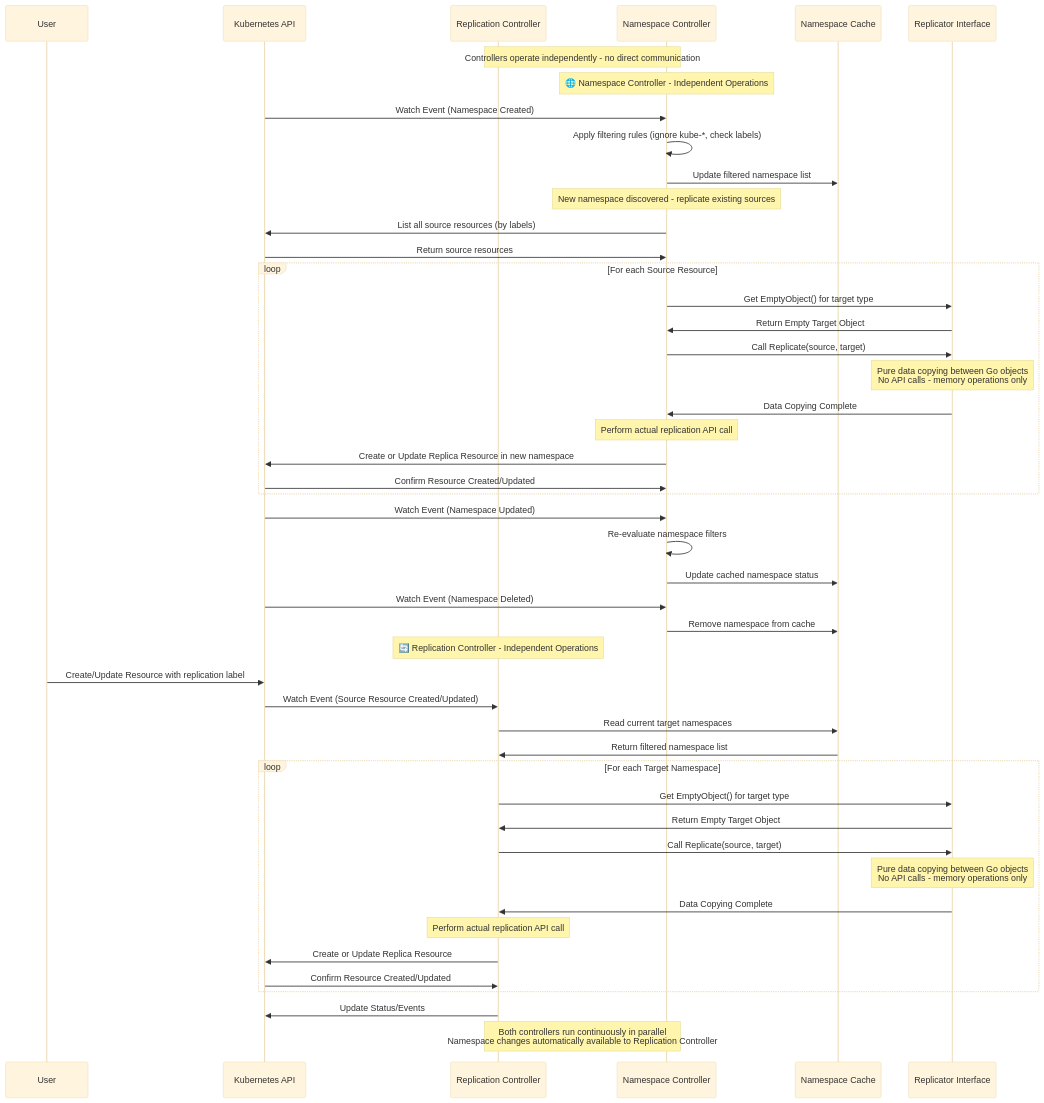
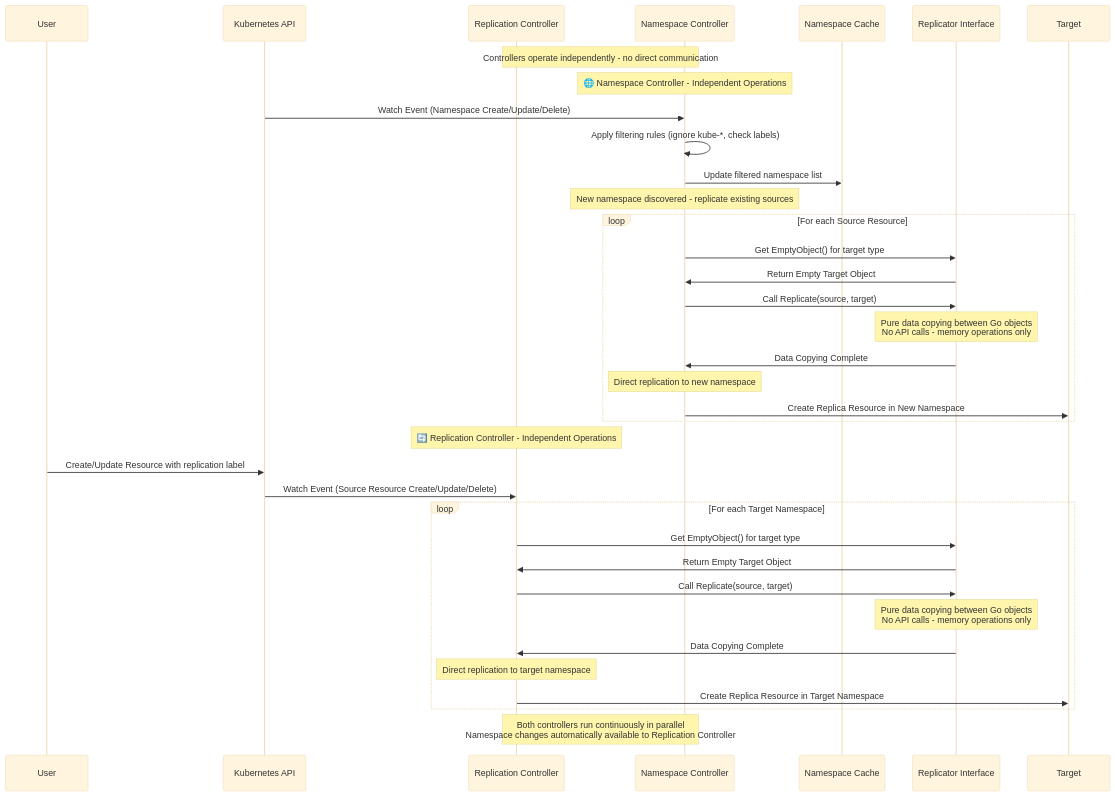
One commit to nadundesilva/k8s-replicator changed the second of 2 diagrams in ARCHITECTURE.md. Above: the diagram before and after it, drawn with Mermaid (base theme). The commit also changed other lines of this file and 9 other files, not shown here.

````diff
--- a/ARCHITECTURE.md
+++ b/ARCHITECTURE.md
@@ -116,63 +105,47 @@
 ```mermaid
 sequenceDiagram
     participant User
     participant K8sAPI as Kubernetes API
     participant RC as Replication Controller
     participant NC as Namespace Controller
     participant Cache as Namespace Cache
     participant RI as Replicator Interface
 
     Note over RC, NC: Controllers operate independently - no direct communication
 
     %% Namespace Controller - Independent Discovery & Replication
     Note over NC: 🌐 Namespace Controller - Independent Operations
-    K8sAPI->>NC: Watch Event (Namespace Created)
+    K8sAPI->>NC: Watch Event (Namespace Create/Update/Delete)
     NC->>NC: Apply filtering rules (ignore kube-*, check labels)
     NC->>Cache: Update filtered namespace list
-    
+
     Note over NC: New namespace discovered - replicate existing sources
-    NC->>K8sAPI: List all source resources (by labels)
-    K8sAPI->>NC: Return source resources
-    
+
     loop For each Source Resource
         NC->>RI: Get EmptyObject() for target type
         RI->>NC: Return Empty Target Object
         NC->>RI: Call Replicate(source, target)
         Note over RI: Pure data copying between Go objects<br/>No API calls - memory operations only
         RI->>NC: Data Copying Complete
-        Note over NC: Perform actual replication API call
-        NC->>K8sAPI: Create or Update Replica Resource in new namespace
-        K8sAPI->>NC: Confirm Resource Created/Updated
+        Note over NC: Direct replication to new namespace
+        NC->>Target: Create Replica Resource in New Namespace
     end
-    
-    K8sAPI->>NC: Watch Event (Namespace Updated)
-    NC->>NC: Re-evaluate namespace filters
-    NC->>Cache: Update cached namespace status
-    
-    K8sAPI->>NC: Watch Event (Namespace Deleted)
-    NC->>Cache: Remove namespace from cache
 
     %% Replication Controller - Independent Discovery & Replication
     Note over RC: 🔄 Replication Controller - Independent Operations
     User->>K8sAPI: Create/Update Resource with replication label
-    K8sAPI->>RC: Watch Event (Source Resource Created/Updated)
-    
-    RC->>Cache: Read current target namespaces
-    Cache->>RC: Return filtered namespace list
-    
+    K8sAPI->>RC: Watch Event (Source Resource Create/Update/Delete)
+
     loop For each Target Namespace
         RC->>RI: Get EmptyObject() for target type
         RI->>RC: Return Empty Target Object
         RC->>RI: Call Replicate(source, target)
         Note over RI: Pure data copying between Go objects<br/>No API calls - memory operations only
         RI->>RC: Data Copying Complete
-        Note over RC: Perform actual replication API call
-        RC->>K8sAPI: Create or Update Replica Resource
-        K8sAPI->>RC: Confirm Resource Created/Updated
+        Note over RC: Direct replication to target namespace
+        RC->>Target: Create Replica Resource in Target Namespace
     end
-    
-    RC->>K8sAPI: Update Status/Events
 
     %% Show parallel nature
     Note over RC, NC: Both controllers run continuously in parallel<br/>Namespace changes automatically available to Replication Controller
 ```
````
